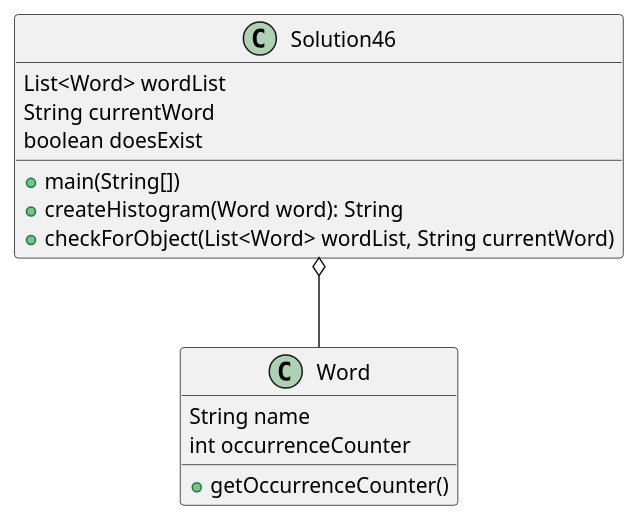
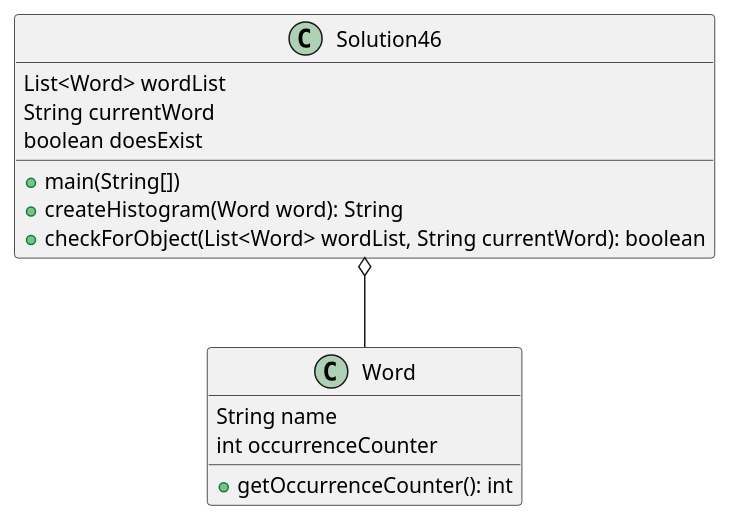
Before and after one commit to nader-fares/fares-a04: the diagram in exercise46/docs/main.puml, drawn with PlantUML. The commit also changed 65 other files, not shown here.

Commit message:
fixed uml diagrams; exercise 44: added method that searches through list, added unit testing for method

```diff
--- a/exercise46/docs/main.puml
+++ b/exercise46/docs/main.puml
@@ -1,21 +1,21 @@
 @startuml
 'https://plantuml.com/sequence-diagram
 
 class Solution46 {
 List<Word> wordList
 String currentWord
 boolean doesExist
 
 +main(String[])
 +createHistogram(Word word): String
-+checkForObject(List<Word> wordList, String currentWord)
++checkForObject(List<Word> wordList, String currentWord): boolean
 }
 
 class Word {
 String name
 int occurrenceCounter
-+getOccurrenceCounter()
++getOccurrenceCounter(): int
 }
 
 Solution46 o-- Word
 @enduml
```
